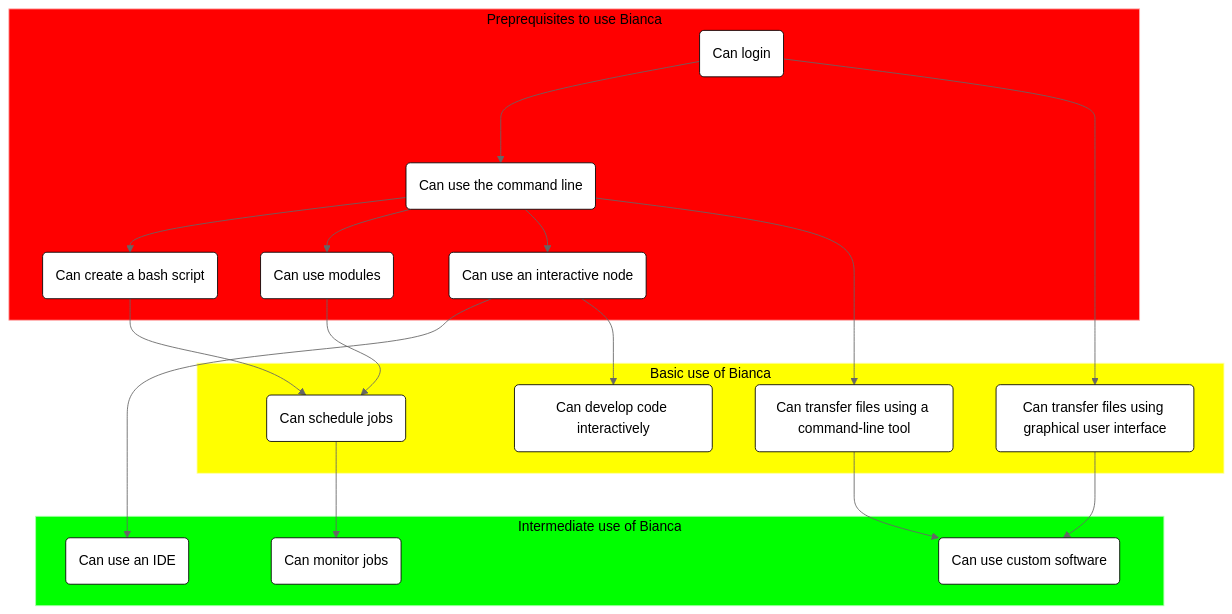
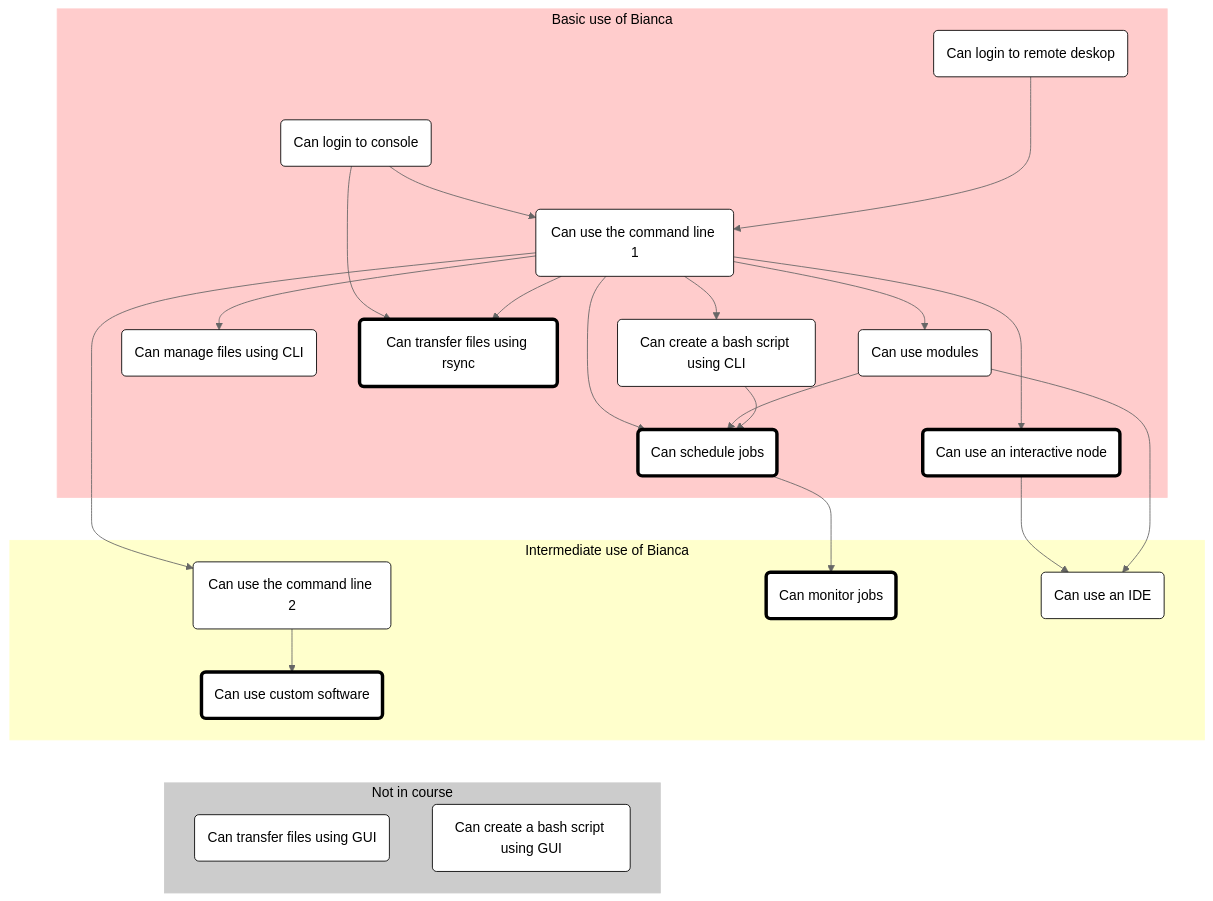
One commit to UPPMAX/bianca_workshop changed the diagram in docs/intermediate/intro.md. Above: the diagram before and after it, drawn with Mermaid (neutral theme).

Commit message:
Use less saturated colors

````diff
--- a/docs/intermediate/intro.md
+++ b/docs/intermediate/intro.md
@@ -54,45 +54,72 @@
 ```mermaid
+%% Direction is top->down
 flowchart TD
 
     %% Give a white background, instead of a transparent one
     classDef node fill:#fff,color:#000,stroke:#000
-
-    subgraph sub_prerequisites["Preprequisites to use Bianca"]
-      can_login(Can login)
-      can_use_command_line(Can use the command line)
-      can_create_bash_script(Can create a bash script)
+    classDef focus_node fill:#fff,color:#000,stroke:#000,stroke-width:4px
+    
+    subgraph sub_basic_use["Basic use of Bianca"]
+      can_login_to_remove_desktop(Can login to remote deskop)
+      can_login_to_console(Can login to console)
+      can_use_command_line_1(Can use the command line 1)
       can_use_modules(Can use modules)
-      can_use_interactive_node(Can use an interactive node)
+      can_use_interactive_node(Can use an interactive node):::focus_node
+      can_manage_files_using_cli(Can manage files using CLI)
+      can_tranfer_files_using_rsync(Can transfer files using rsync):::focus_node
+      can_schedule_jobs(Can schedule jobs):::focus_node
+      can_create_bash_script_using_cli(Can create a bash script using CLI)
     end
-    style sub_prerequisites fill:#f00,color:#000,stroke:#faa
-
-    subgraph sub_basic_use["Basic use of Bianca"]
-      can_develop_code_interactively(Can develop code interactively)
-      can_tranfer_files_using_gui(Can transfer files using graphical user interface)
-      can_tranfer_files_using_cli(Can transfer files using a command-line tool)
-      can_schedule_jobs(Can schedule jobs)
-    end
-    style sub_basic_use fill:#ff0,color:#000,stroke:#ffa
+    style sub_basic_use fill:#fcc,color:#000,stroke:#fcc
 
     subgraph sub_intermediate_use["Intermediate use of Bianca"]
-      can_use_custom_software(Can use custom software)
-      can_monitor_jobs(Can monitor jobs)
-      %% Richel: I think this is basic use, as it is beginners that want this
+      can_use_command_line_2(Can use the command line 2)
+      can_use_custom_software(Can use custom software):::focus_node
+      can_monitor_jobs(Can monitor jobs):::focus_node
       can_use_ide(Can use an IDE)
     end
-    style sub_intermediate_use fill:#0f0,color:#000,stroke:#afa
+    style sub_intermediate_use fill:#ffc,color:#000,stroke:#ffc
 
-    can_login ---> can_use_command_line
-    can_login ---> can_tranfer_files_using_gui
-    can_use_command_line --> can_create_bash_script
-    can_use_command_line --> can_use_modules
-    can_use_command_line --> can_use_interactive_node
-    can_use_command_line --> can_tranfer_files_using_cli
+    subgraph sub_non_goal["Not in course"]
+      can_tranfer_files_using_gui(Can transfer files using GUI)
+      can_create_bash_script_using_gui(Can create a bash script using GUI)
+    end
+    style sub_non_goal fill:#ccc,color:#000,stroke:#ccc
+
+
+    %% Basic
+    can_login_to_console --> can_tranfer_files_using_rsync
+    can_login_to_console --> can_use_command_line_1
+    can_login_to_remove_desktop ---> can_use_command_line_1
+    can_use_command_line_1 --> can_use_modules
+    can_use_command_line_1 --> can_use_interactive_node
+    can_use_command_line_1 --> can_use_command_line_2
+    can_use_command_line_1 --> can_create_bash_script_using_cli
+    can_use_command_line_1 --> can_schedule_jobs
+    can_use_command_line_1 --> can_manage_files_using_cli
+    can_use_command_line_1 --> can_tranfer_files_using_rsync
     can_use_modules --> can_schedule_jobs
-    can_create_bash_script --> can_schedule_jobs
+    can_create_bash_script_using_cli --> can_schedule_jobs
+
+    %% Basic -> Intermediate
     can_schedule_jobs --> can_monitor_jobs
     can_use_interactive_node --> can_use_ide
-    can_use_interactive_node --> can_develop_code_interactively
-    can_tranfer_files_using_cli --> can_use_custom_software
-    can_tranfer_files_using_gui --> can_use_custom_software
+    can_use_modules --> can_use_ide
+
+    %% Make sure Intermediate is below Basic,
+    %% using invisible nodes
+    can_schedule_jobs ~~~ can_use_command_line_2
+
+    %% Intermediate
+    can_use_command_line_2 --> can_use_custom_software
+
+    %% Basic -> None
+    %% can_login_to_remove_desktop ---> can_tranfer_files_using_gui
+    %% can_tranfer_files_using_gui --> can_use_custom_software
+    %% can_login_to_remove_desktop ---> can_create_bash_script_using_gui
+    %% can_create_bash_script_using_gui --> can_schedule_jobs
+
+    %% Make sure Non-goals is below Intermediat,
+    %% using invisible nodes
+    can_use_custom_software ~~~ can_tranfer_files_using_gui
 ```
````
